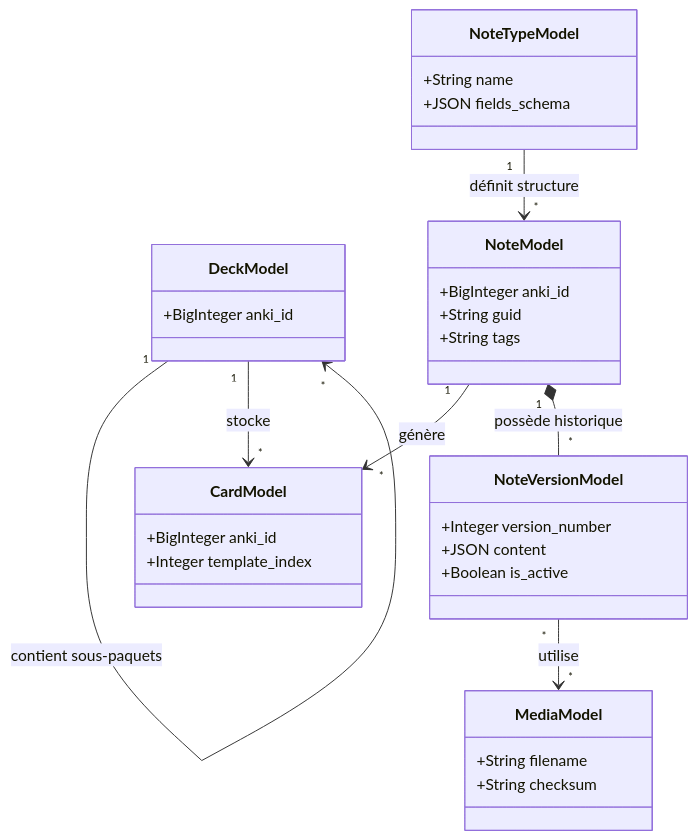
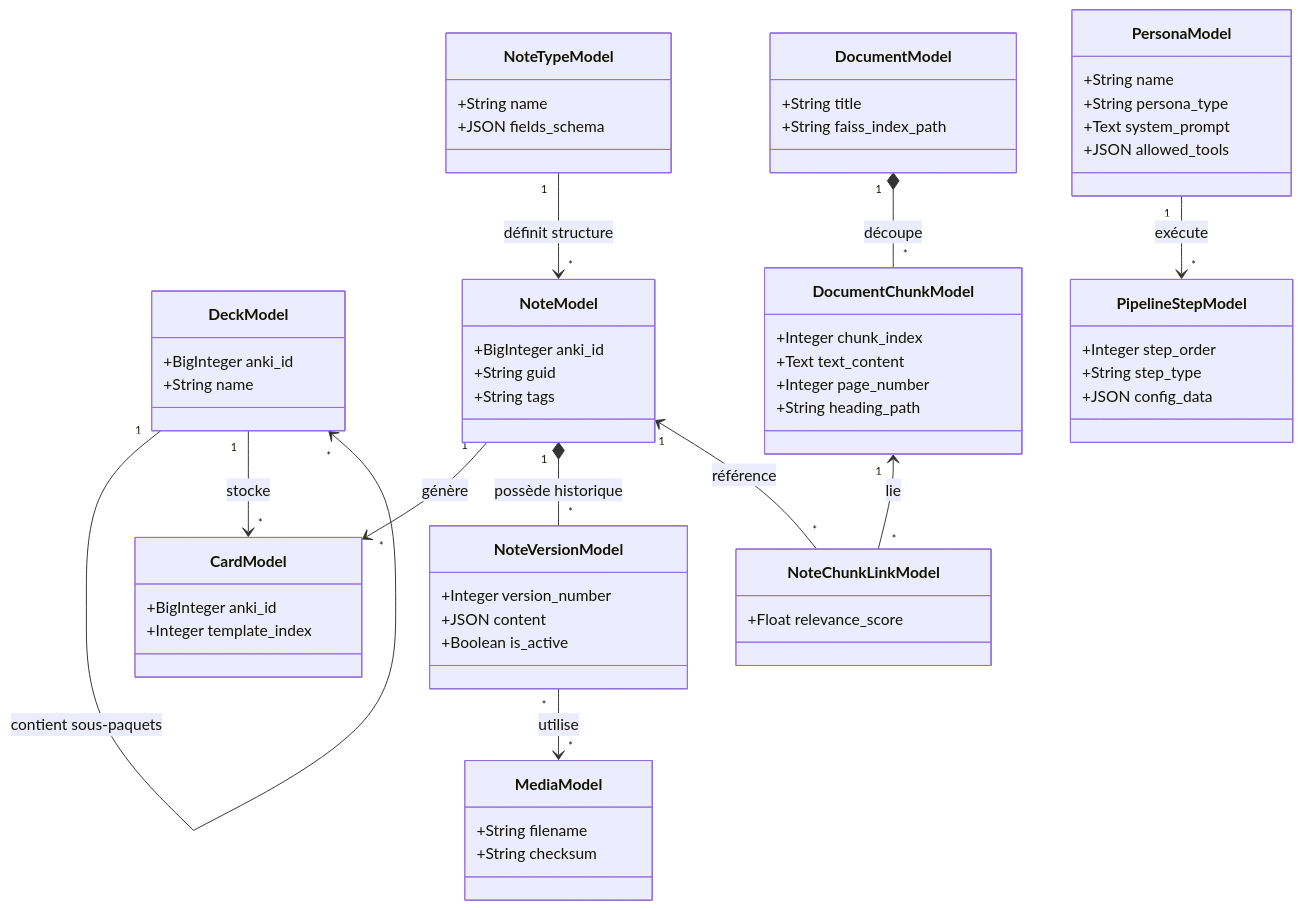
One commit to Skyl9/AnkiForge changed the diagram in Dossier_architecture/03_modele_donnees_synchro.md. Above: the diagram before and after it, drawn with Mermaid. The commit also changed other lines of this file and 9 other files, not shown here.

First line of the commit message:
feat(architecture): réorganise la documentation avec des ajouts sur les workflows DAG et le système agentique

````diff
--- a/Dossier_architecture/03_modele_donnees_synchro.md
+++ b/Dossier_architecture/03_modele_donnees_synchro.md
@@ -14,37 +16,66 @@
 ```mermaid
 classDiagram
     direction TB
     
     class DeckModel {
         +BigInteger anki_id
+        +String name
     }
     class NoteTypeModel {
         +String name
         +JSON fields_schema
     }
     class NoteModel {
         +BigInteger anki_id
         +String guid
         +String tags
     }
     class CardModel {
         +BigInteger anki_id
         +Integer template_index
     }
     class NoteVersionModel {
         +Integer version_number
         +JSON content
         +Boolean is_active
     }
     class MediaModel {
         +String filename
         +String checksum
     }
+    class DocumentModel {
+        +String title
+        +String faiss_index_path
+    }
+    class DocumentChunkModel {
+        +Integer chunk_index
+        +Text text_content
+        +Integer page_number
+        +String heading_path
+    }
+    class NoteChunkLinkModel {
+        +Float relevance_score
+    }
+    class PersonaModel {
+        +String name
+        +String persona_type
+        +Text system_prompt
+        +JSON allowed_tools
+    }
+    class PipelineStepModel {
+        +Integer step_order
+        +String step_type
+        +JSON config_data
+    }
 
     DeckModel "1" --> "*" DeckModel : contient sous-paquets
     DeckModel "1" --> "*" CardModel : stocke
     NoteTypeModel "1" --> "*" NoteModel : définit structure
     NoteModel "1" --> "*" CardModel : génère
     NoteModel "1" *-- "*" NoteVersionModel : possède historique
     NoteVersionModel "*" --> "*" MediaModel : utilise
+    DocumentModel "1" *-- "*" DocumentChunkModel : découpe
+    DocumentChunkModel "1" <-- "*" NoteChunkLinkModel : lie
+    NoteModel "1" <-- "*" NoteChunkLinkModel : référence
+    PersonaModel "1" --> "*" PipelineStepModel : exécute
 ```
````
